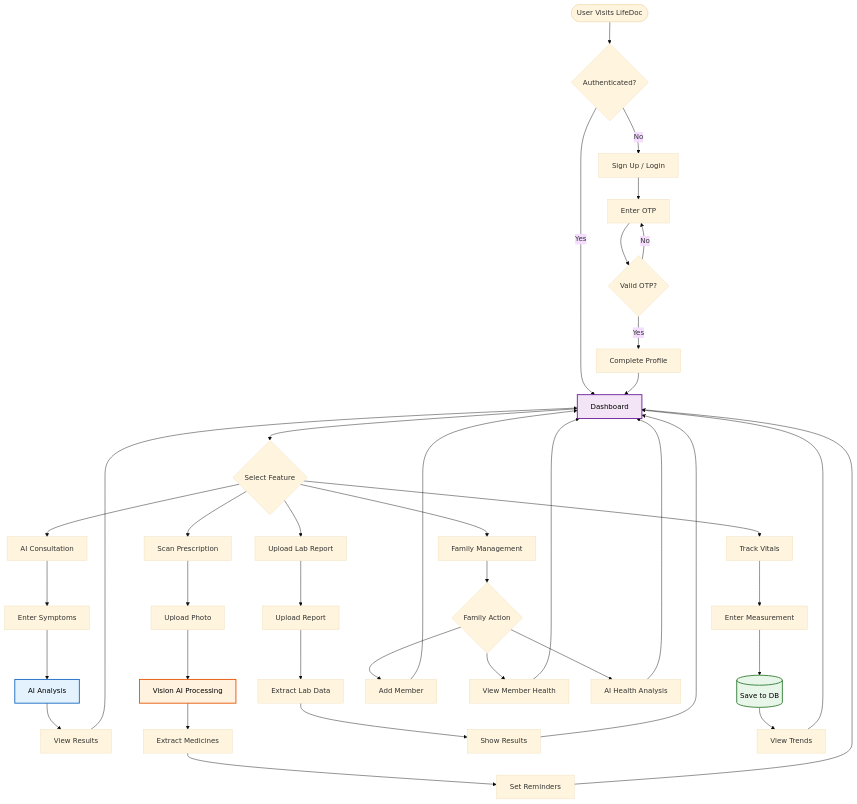
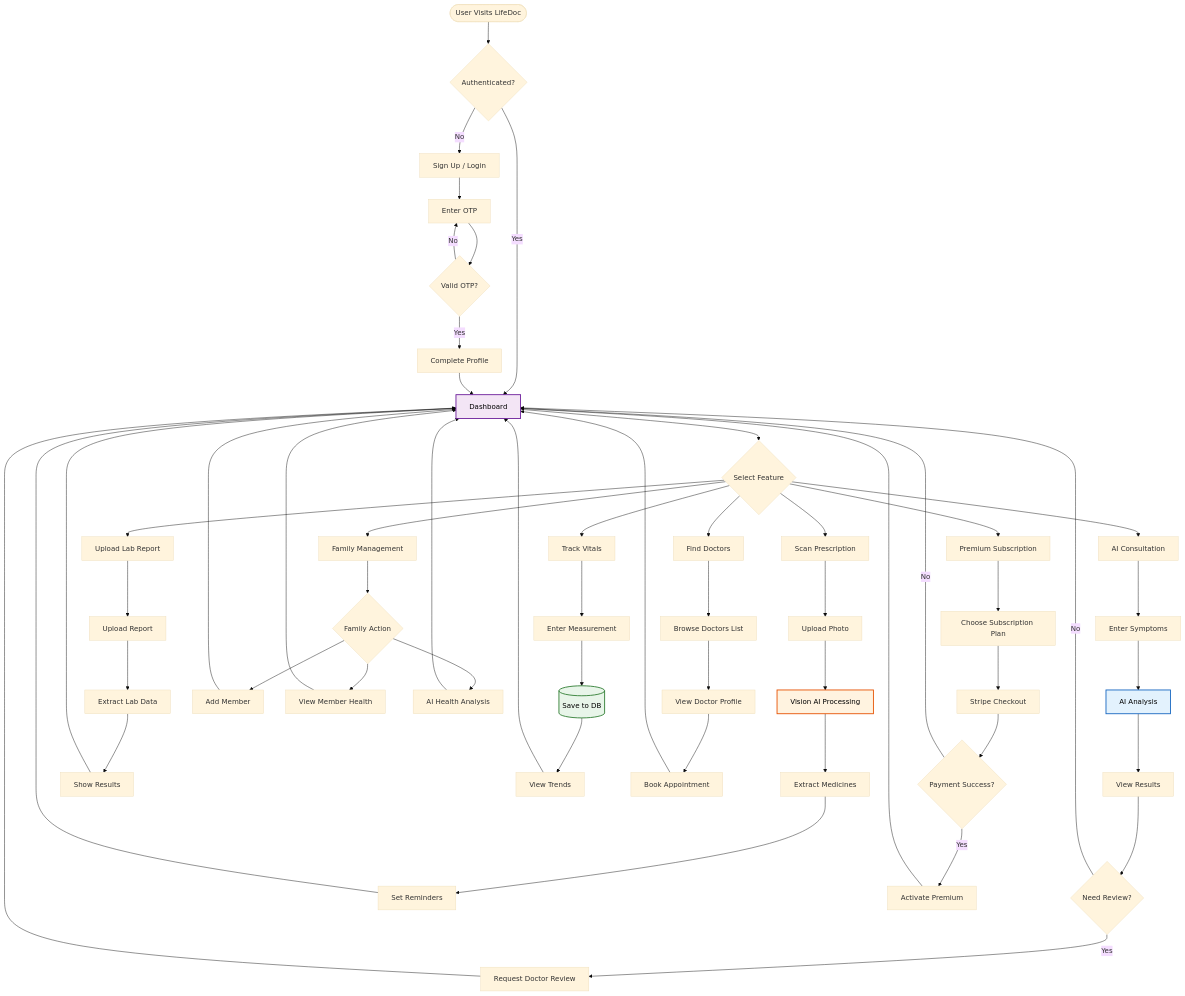
One commit to MohitSoni2021/lifedoc changed the fourth of 7 diagrams in README.md. Above: the diagram before and after it, drawn with Mermaid (base theme). The commit also changed other lines of this file, not shown here.

````diff
--- a/README.md
+++ b/README.md
@@ -471,55 +702,72 @@
 ```mermaid
 graph TD
     Start([User Visits LifeDoc]) --> Auth{Authenticated?}
     
     Auth -->|No| Signup[Sign Up / Login]
     Auth -->|Yes| Dashboard[Dashboard]
     
     Signup --> OTP[Enter OTP]
     OTP --> Verify{Valid OTP?}
     Verify -->|No| OTP
     Verify -->|Yes| Profile[Complete Profile]
     Profile --> Dashboard
     
     Dashboard --> Features{Select Feature}
     
     Features --> Consult[AI Consultation]
     Features --> Scan[Scan Prescription]
     Features --> Labs[Upload Lab Report]
     Features --> Track[Track Vitals]
     Features --> Family[Family Management]
+    Features --> Doctors[Find Doctors]
+    Features --> Payment[Premium Subscription]
     
     Consult --> SymptomInput[Enter Symptoms]
     SymptomInput --> AIAnalysis[AI Analysis]
     AIAnalysis --> Results[View Results]
-    Results --> Dashboard
+    Results --> RequestReview{Need Review?}
+    RequestReview -->|Yes| DoctorReview[Request Doctor Review]
+    RequestReview -->|No| Dashboard
+    DoctorReview --> Dashboard
     
     Scan --> UploadRx[Upload Photo]
     UploadRx --> OCR[Vision AI Processing]
     OCR --> MedList[Extract Medicines]
     MedList --> SetReminders[Set Reminders]
     SetReminders --> Dashboard
     
     Labs --> UploadLab[Upload Report]
     UploadLab --> LabOCR[Extract Lab Data]
     LabOCR --> LabResult[Show Results]
     LabResult --> Dashboard
     
     Track --> EnterVital[Enter Measurement]
     EnterVital --> Save[(Save to DB)]
     Save --> Charts[View Trends]
     Charts --> Dashboard
     
     Family --> FamilyMenu{Family Action}
     FamilyMenu --> AddMember[Add Member]
     FamilyMenu --> ViewMember[View Member Health]
     FamilyMenu --> Analyze[AI Health Analysis]
     AddMember --> Dashboard
     ViewMember --> Dashboard
     Analyze --> Dashboard
     
+    Doctors --> BrowseDoctors[Browse Doctors List]
+    BrowseDoctors --> ViewDoctor[View Doctor Profile]
+    ViewDoctor --> BookAppt[Book Appointment]
+    BookAppt --> Dashboard
+    
+    Payment --> ChoosePlan[Choose Subscription Plan]
+    ChoosePlan --> StripeCheckout[Stripe Checkout]
+    StripeCheckout --> PaymentSuccess{Payment Success?}
+    PaymentSuccess -->|Yes| ActivatePremium[Activate Premium]
+    PaymentSuccess -->|No| Dashboard
+    ActivatePremium --> Dashboard
+    
     style AIAnalysis fill:#e3f2fd,stroke:#1565c0,stroke-width:2px,color:#000
     style OCR fill:#fff3e0,stroke:#e65100,stroke-width:2px,color:#000
     style Save fill:#e8f5e9,stroke:#2e7d32,stroke-width:2px,color:#000
     style Dashboard fill:#f3e5f5,stroke:#6a1b9a,stroke-width:2px,color:#000
 ```
````
